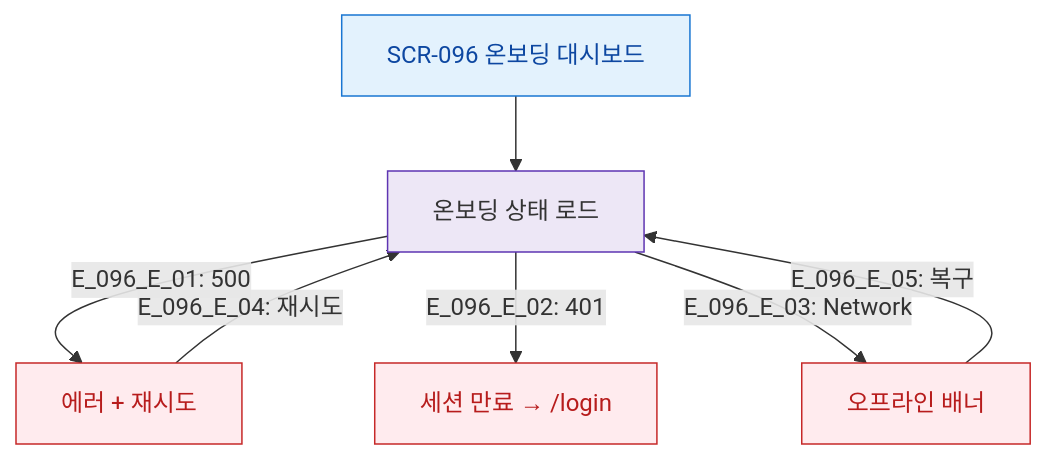
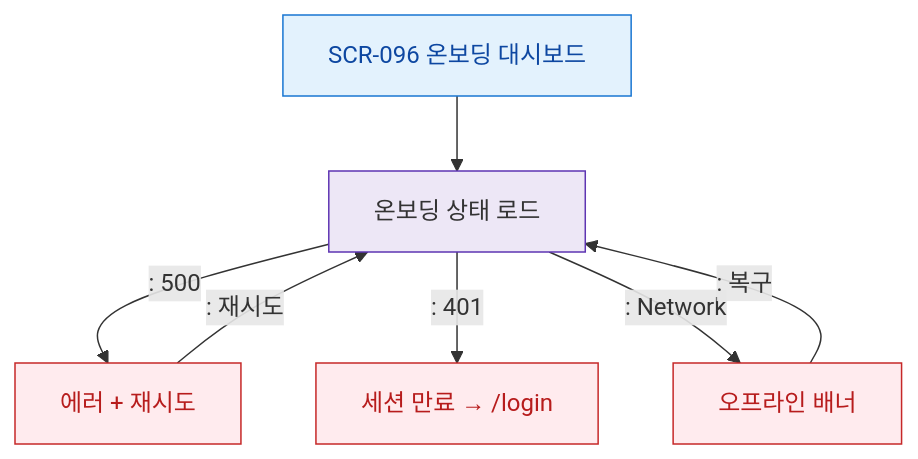
Before and after one commit to dev-spogym/admin-pando: the diagram in docs/다이어그램/D10_본사관리/SCR-096_온보딩대시보드/F8_에러.md, drawn with Mermaid. The commit also changed other lines of this file and 1660 other files, not shown here.

First line of the commit message:
다이어그램: 기획자/클라이언트 납품본으로 정리

````diff
--- a/docs/다이어그램/D10_본사관리/SCR-096_온보딩대시보드/F8_에러.md
+++ b/docs/다이어그램/D10_본사관리/SCR-096_온보딩대시보드/F8_에러.md
@@ -14,19 +12,19 @@
 ```mermaid
 flowchart TD
   SCR_096[SCR-096 온보딩 대시보드] --> Load[온보딩 상태 로드]
 
-  Load -->|"E_096_E_01: 500"| ErrServer[에러 + 재시도]
-  Load -->|"E_096_E_02: 401"| ErrAuth[세션 만료 → /login]
-  Load -->|"E_096_E_03: Network"| ErrNet[오프라인 배너]
+  Load -->|": 500"|ErrServer[에러 + 재시도]
+  Load -->|": 401"|ErrAuth[세션 만료 → /login]
+  Load -->|": Network"|ErrNet[오프라인 배너]
 
-  ErrServer -->|"E_096_E_04: 재시도"| Load
-  ErrNet -->|"E_096_E_05: 복구"| Load
+  ErrServer -->|": 재시도"|Load
+  ErrNet -->|": 복구"|Load
 
   classDef screen fill:#E3F2FD,stroke:#1976D2,color:#0D47A1
   classDef error fill:#FFEBEE,stroke:#C62828,color:#B71C1C
   classDef system fill:#EDE7F6,stroke:#5E35B2
 
   class SCR_096 screen
   class ErrServer,ErrAuth,ErrNet error
   class Load system
 ```
````
